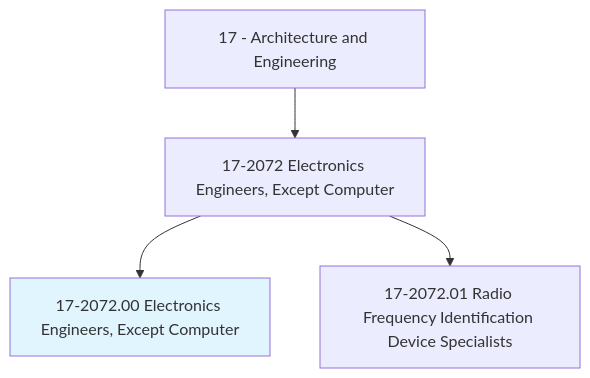
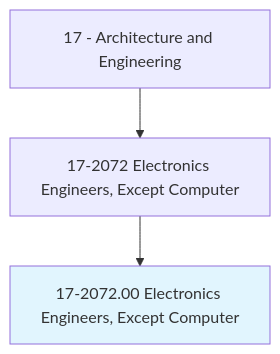
One commit to kziemski/business.org.ai changed the first of 4 diagrams in occupations/Architecture/ElectronicsEngineersExceptComputer.mdx. Above: the diagram before and after it, drawn with Mermaid. The commit also changed other lines of this file and 938 other files, not shown here.

````diff
--- a/occupations/Architecture/ElectronicsEngineersExceptComputer.mdx
+++ b/occupations/Architecture/ElectronicsEngineersExceptComputer.mdx
@@ -19,7 +23,6 @@
 ```mermaid
 graph TD
     Cat17["17 - Architecture and Engineering"] --> Group172072["17-2072 Electronics Engineers, Except Computer"]
     Group172072 --> Current["17-2072.00 Electronics Engineers, Except Computer"]
     style Current fill:#e1f5fe
-    Group172072 --> V17207201["17-2072.01 Radio Frequency Identification Device Specialists"]
 ```
````
